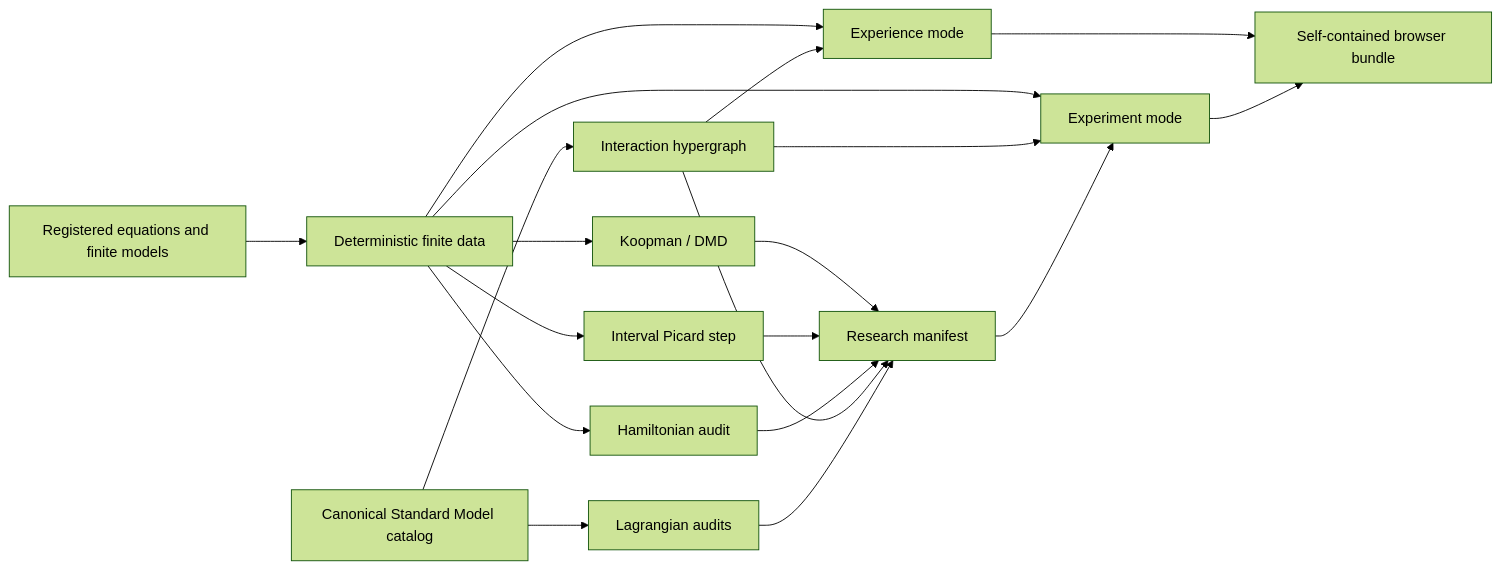
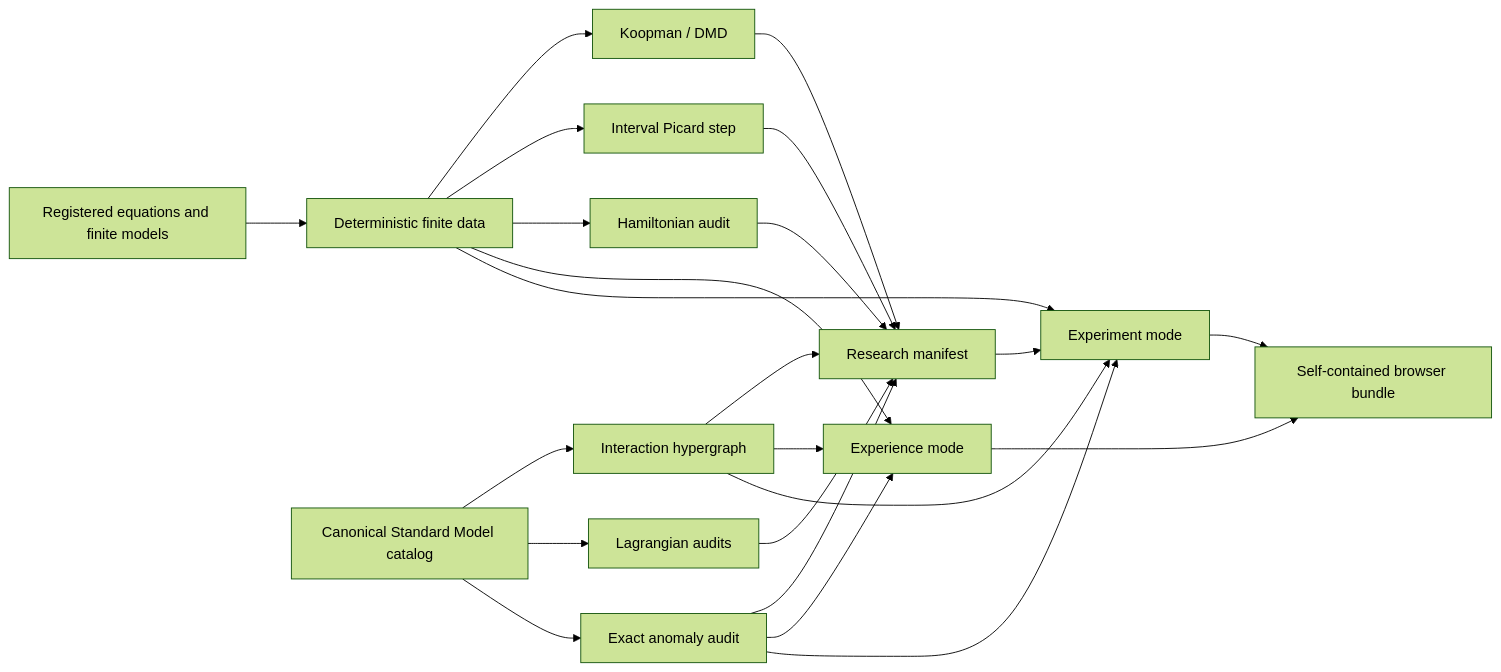
Before and after one commit to XioAISolutions/gaugegap-foundry: the diagram in docs/foundry-experience.md, drawn with Mermaid (forest theme). The commit also changed other lines of this file, not shown here.

````diff
--- a/docs/foundry-experience.md
+++ b/docs/foundry-experience.md
@@ -166,21 +177,25 @@
 ```mermaid
 flowchart LR
     EQ[Registered equations and finite models] --> DATA[Deterministic finite data]
     SM[Canonical Standard Model catalog] --> GRAPH[Interaction hypergraph]
     SM --> LA[Lagrangian audits]
+    SM --> AN[Exact anomaly audit]
     DATA --> DMD[Koopman / DMD]
     DATA --> IV[Interval Picard step]
     DATA --> HAM[Hamiltonian audit]
     DMD --> MAN[Research manifest]
     IV --> MAN
     HAM --> MAN
     GRAPH --> MAN
     LA --> MAN
+    AN --> MAN
     DATA --> EXP[Experience mode]
     DATA --> LAB[Experiment mode]
     GRAPH --> EXP
     GRAPH --> LAB
+    AN --> EXP
+    AN --> LAB
     MAN --> LAB
     EXP --> SITE[Self-contained browser bundle]
     LAB --> SITE
 ```
````
